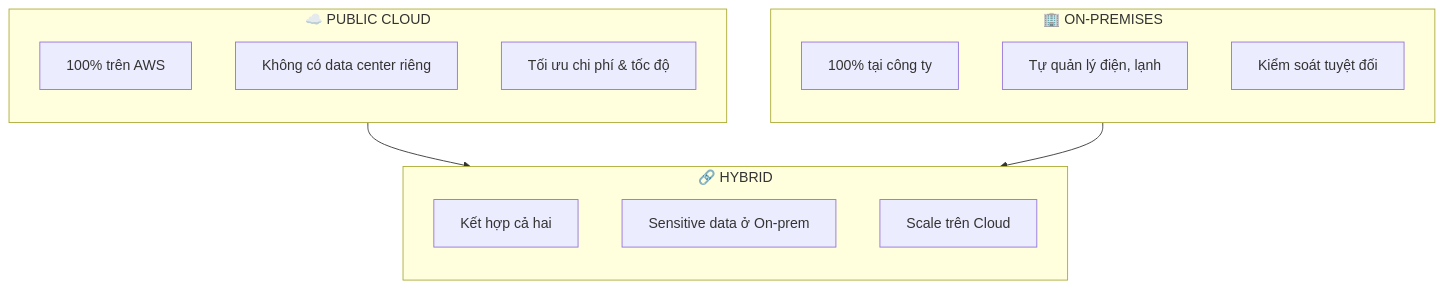
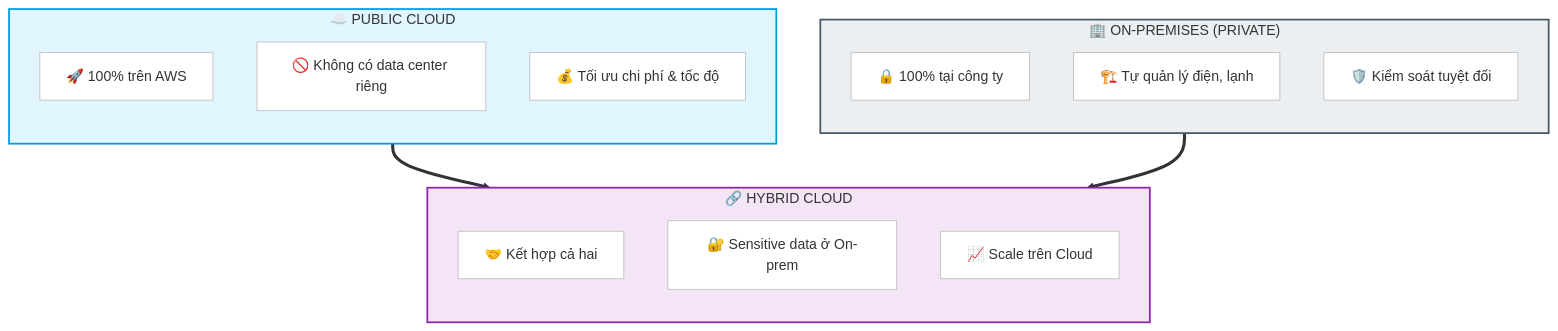
Before and after one commit to tietvinhphu/AWS-Journey: the third of 7 diagrams in Session-01-☁️ NỀN TẢNG ĐÁM MÂY AWS/README.md, drawn with Mermaid.

Commit message:
refactor: Replace custom JSON schema generation with `zod-to-json-schema` and accept Zod schemas directly.

````diff
--- a/Session-01-☁️ NỀN TẢNG ĐÁM MÂY AWS/README.md
+++ b/Session-01-☁️ NỀN TẢNG ĐÁM MÂY AWS/README.md
@@ -206,26 +206,37 @@
     ```mermaid
     flowchart TB
+        %% Style Definitions
+        classDef public fill:#e1f5fe,stroke:#039be5,stroke-width:2px;
+        classDef private fill:#eceff1,stroke:#455a64,stroke-width:2px;
+        classDef hybrid fill:#f3e5f5,stroke:#8e24aa,stroke-width:2px;
+        classDef nodeStyle fill:#fff,stroke:#bfbfbf,stroke-width:1px;
+
         subgraph Public["☁️ PUBLIC CLOUD"]
             direction TB
-            P1[100% trên AWS]
-            P2[Không có data center riêng]
-            P3[Tối ưu chi phí & tốc độ]
+            P1["🚀 100% trên AWS"]:::nodeStyle
+            P2["🚫 Không có data center riêng"]:::nodeStyle
+            P3["💰 Tối ưu chi phí & tốc độ"]:::nodeStyle
         end
     
-        subgraph Private["🏢 ON-PREMISES"]
+        subgraph Private["🏢 ON-PREMISES (PRIVATE)"]
             direction TB
-            O1[100% tại công ty]
-            O2[Tự quản lý điện, lạnh]
-            O3[Kiểm soát tuyệt đối]
+            O1["🔒 100% tại công ty"]:::nodeStyle
+            O2["🏗️ Tự quản lý điện, lạnh"]:::nodeStyle
+            O3["🛡️ Kiểm soát tuyệt đối"]:::nodeStyle
         end
     
-        subgraph Hybrid["🔗 HYBRID"]
+        subgraph Hybrid["🔗 HYBRID CLOUD"]
             direction TB
-            H1[Kết hợp cả hai]
-            H2[Sensitive data ở On-prem]
-            H3[Scale trên Cloud]
+            H1["🤝 Kết hợp cả hai"]:::nodeStyle
+            H2["🔐 Sensitive data ở On-prem"]:::nodeStyle
+            H3["📈 Scale trên Cloud"]:::nodeStyle
         end
     
-        Public --> Hybrid
-        Private --> Hybrid
+        Public ==> Hybrid
+        Private ==> Hybrid
+
+        %% Apply Styles
+        class Public public
+        class Private private
+        class Hybrid hybrid
     ```
````
